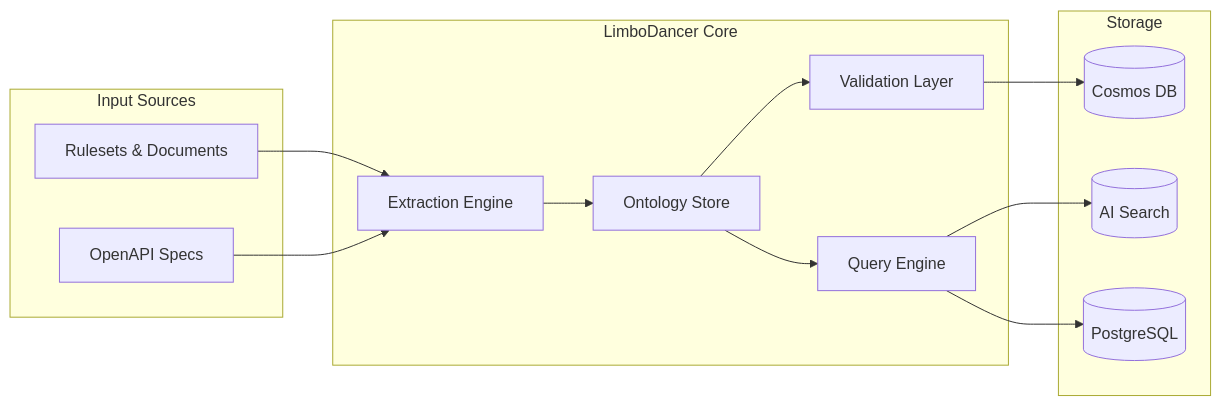
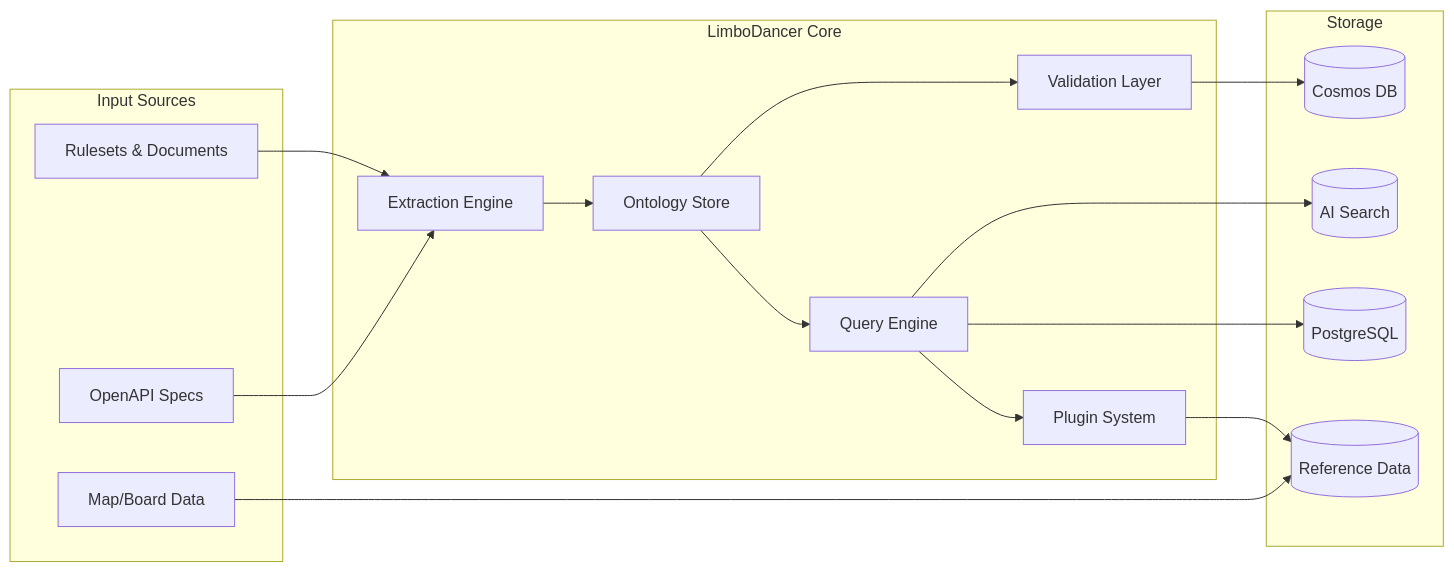
Before and after one commit to LimboDancer-Canary/LimboDancer.MCP: the second of 4 diagrams in docs/limbodancer-system-design.md, drawn with Mermaid. The commit also changed other lines of this file and 2 other files, not shown here.

````diff
--- a/docs/limbodancer-system-design.md
+++ b/docs/limbodancer-system-design.md
@@ -73,29 +76,35 @@
 ```mermaid
 graph LR
   subgraph "Input Sources"
     RS[Rulesets & Documents]
     API[OpenAPI Specs]
+    MD[Map/Board Data]
   end
   
   subgraph "LimboDancer Core"
     EXT[Extraction Engine]
     ONT[Ontology Store]
     VAL[Validation Layer]
     QE[Query Engine]
+    PS[Plugin System]
   end
   
   subgraph "Storage"
     PG[(PostgreSQL)]
     CS[(Cosmos DB)]
     AI[(AI Search)]
+    RD[(Reference Data)]
   end
   
   RS --> EXT
   API --> EXT
+  MD --> RD
   EXT --> ONT
   ONT --> VAL
   VAL --> CS
   ONT --> QE
   QE --> AI
   QE --> PG
+  QE --> PS
+  PS --> RD
 ```
````
